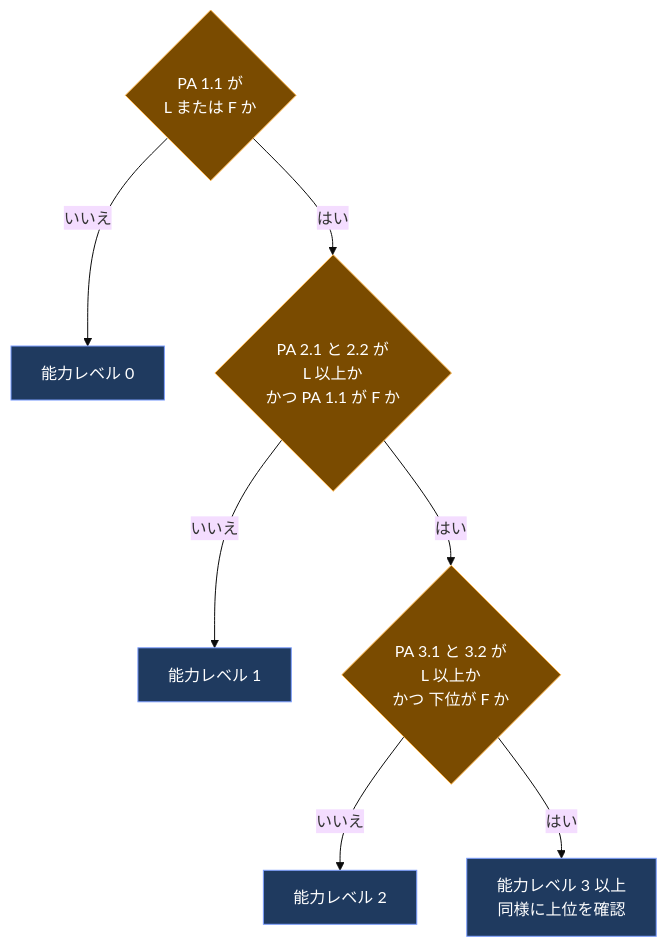
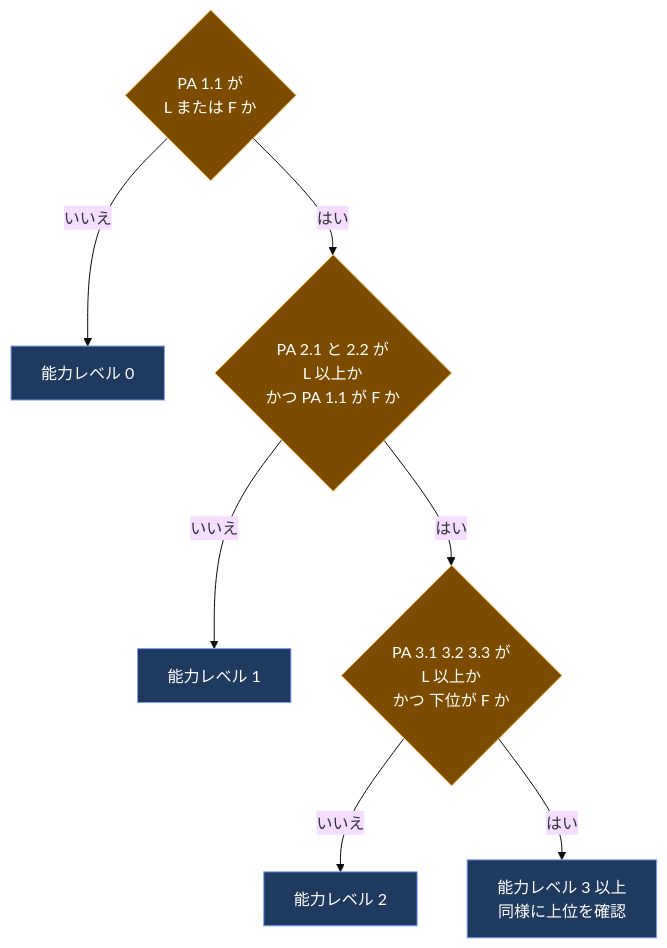
Before and after one commit to myoshi2891/Quality-Assurance-Studies: the seventh of 9 diagrams in Iso-33063-fdis-guide.md, drawn with Mermaid (base theme). The commit also changed other lines of this file and 1 other file, not shown here.

````diff
--- a/Iso-33063-fdis-guide.md
+++ b/Iso-33063-fdis-guide.md
@@ -402,15 +403,15 @@
 ```mermaid
 flowchart TB
     JD1{"PA 1.1 が<br/>L または F か"}
     JD1 -->|いいえ| RS0["能力レベル 0"]
     JD1 -->|はい| JD2{"PA 2.1 と 2.2 が<br/>L 以上か<br/>かつ PA 1.1 が F か"}
     JD2 -->|いいえ| RS1["能力レベル 1"]
-    JD2 -->|はい| JD3{"PA 3.1 と 3.2 が<br/>L 以上か<br/>かつ 下位が F か"}
+    JD2 -->|はい| JD3{"PA 3.1 3.2 3.3 が<br/>L 以上か<br/>かつ 下位が F か"}
     JD3 -->|いいえ| RS2["能力レベル 2"]
     JD3 -->|はい| RS3["能力レベル 3 以上<br/>同様に上位を確認"]
 
     classDef q fill:#7a4b00,stroke:#ffb74d,color:#ffffff
     classDef r fill:#1f3a5f,stroke:#7c9eff,color:#ffffff
     class JD1,JD2,JD3 q
     class RS0,RS1,RS2,RS3 r
 ```
````
